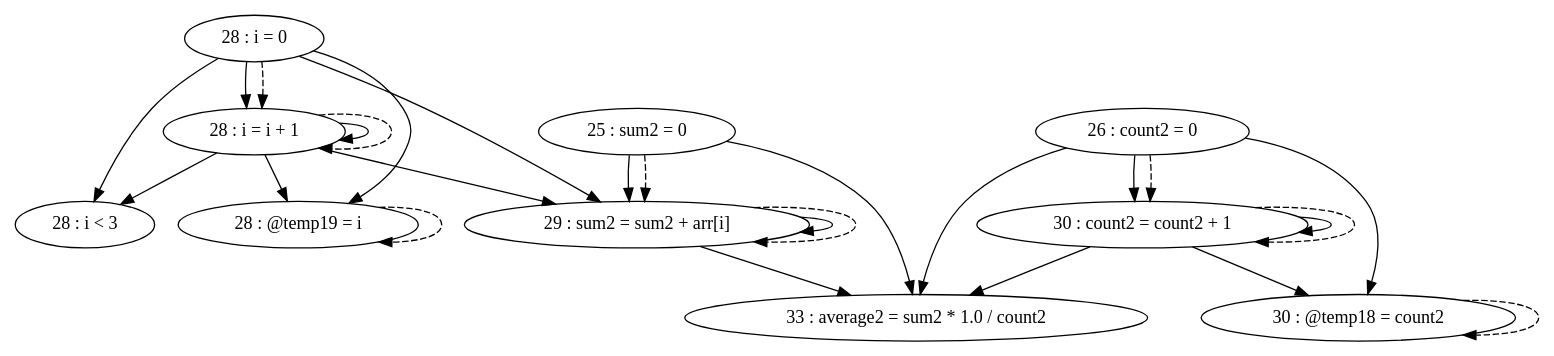
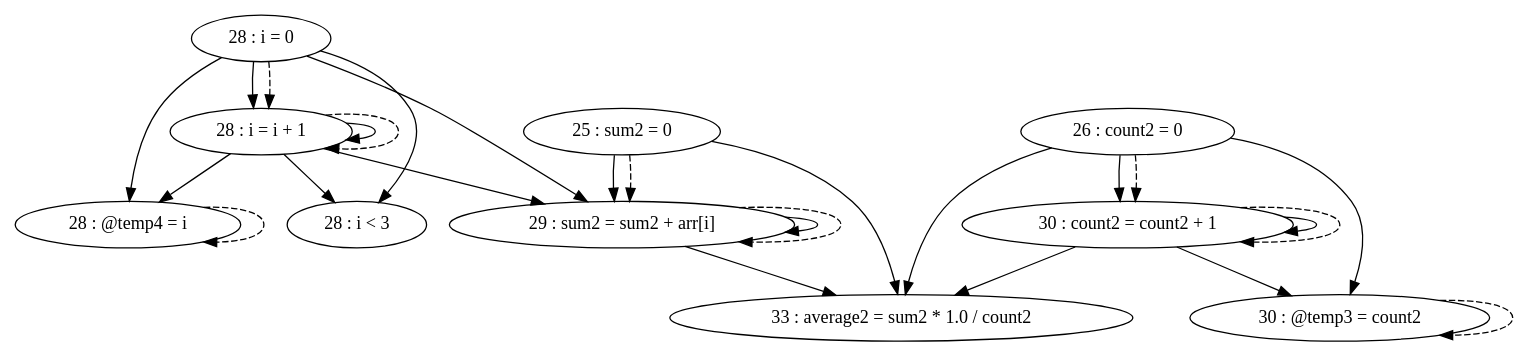
One commit to thomassimko/thesis-code-duplication changed the diagram in pdg/source/testFiles/TestCases/TestCase2/TestCase2-test2.gv. Above: the diagram before and after it, drawn with Graphviz. The commit also changed 3297 other files, not shown here.

```diff
--- a/pdg/source/testFiles/TestCases/TestCase2/TestCase2-test2.gv
+++ b/pdg/source/testFiles/TestCases/TestCase2/TestCase2-test2.gv
@@ -1,38 +1,38 @@
 digraph G {
 "25 : sum2 = 0"
 "25 : sum2 = 0" -> "29 : sum2 = sum2 + arr[i]"
 "25 : sum2 = 0" -> "33 : average2 = sum2 * 1.0 / count2"
 "25 : sum2 = 0" -> "29 : sum2 = sum2 + arr[i]" [style=dashed]
 "26 : count2 = 0"
+"26 : count2 = 0" -> "30 : @temp3 = count2"
 "26 : count2 = 0" -> "33 : average2 = sum2 * 1.0 / count2"
 "26 : count2 = 0" -> "30 : count2 = count2 + 1"
-"26 : count2 = 0" -> "30 : @temp18 = count2"
 "26 : count2 = 0" -> "30 : count2 = count2 + 1" [style=dashed]
 "28 : i = 0"
+"28 : i = 0" -> "28 : i < 3"
 "28 : i = 0" -> "29 : sum2 = sum2 + arr[i]"
-"28 : i = 0" -> "28 : @temp19 = i"
+"28 : i = 0" -> "28 : @temp4 = i"
 "28 : i = 0" -> "28 : i = i + 1"
-"28 : i = 0" -> "28 : i < 3"
 "28 : i = 0" -> "28 : i = i + 1" [style=dashed]
 "28 : i < 3"
 "29 : sum2 = sum2 + arr[i]"
 "29 : sum2 = sum2 + arr[i]" -> "29 : sum2 = sum2 + arr[i]"
 "29 : sum2 = sum2 + arr[i]" -> "33 : average2 = sum2 * 1.0 / count2"
 "29 : sum2 = sum2 + arr[i]" -> "29 : sum2 = sum2 + arr[i]" [style=dashed]
-"30 : @temp18 = count2"
-"30 : @temp18 = count2" -> "30 : @temp18 = count2" [style=dashed]
+"30 : @temp3 = count2"
+"30 : @temp3 = count2" -> "30 : @temp3 = count2" [style=dashed]
 "30 : count2 = count2 + 1"
+"30 : count2 = count2 + 1" -> "30 : @temp3 = count2"
 "30 : count2 = count2 + 1" -> "33 : average2 = sum2 * 1.0 / count2"
 "30 : count2 = count2 + 1" -> "30 : count2 = count2 + 1"
-"30 : count2 = count2 + 1" -> "30 : @temp18 = count2"
 "30 : count2 = count2 + 1" -> "30 : count2 = count2 + 1" [style=dashed]
-"28 : @temp19 = i"
-"28 : @temp19 = i" -> "28 : @temp19 = i" [style=dashed]
+"28 : @temp4 = i"
+"28 : @temp4 = i" -> "28 : @temp4 = i" [style=dashed]
 "28 : i = i + 1"
+"28 : i = i + 1" -> "28 : i < 3"
 "28 : i = i + 1" -> "29 : sum2 = sum2 + arr[i]"
-"28 : i = i + 1" -> "28 : @temp19 = i"
+"28 : i = i + 1" -> "28 : @temp4 = i"
 "28 : i = i + 1" -> "28 : i = i + 1"
-"28 : i = i + 1" -> "28 : i < 3"
 "28 : i = i + 1" -> "28 : i = i + 1" [style=dashed]
 "33 : average2 = sum2 * 1.0 / count2"
 }
```
